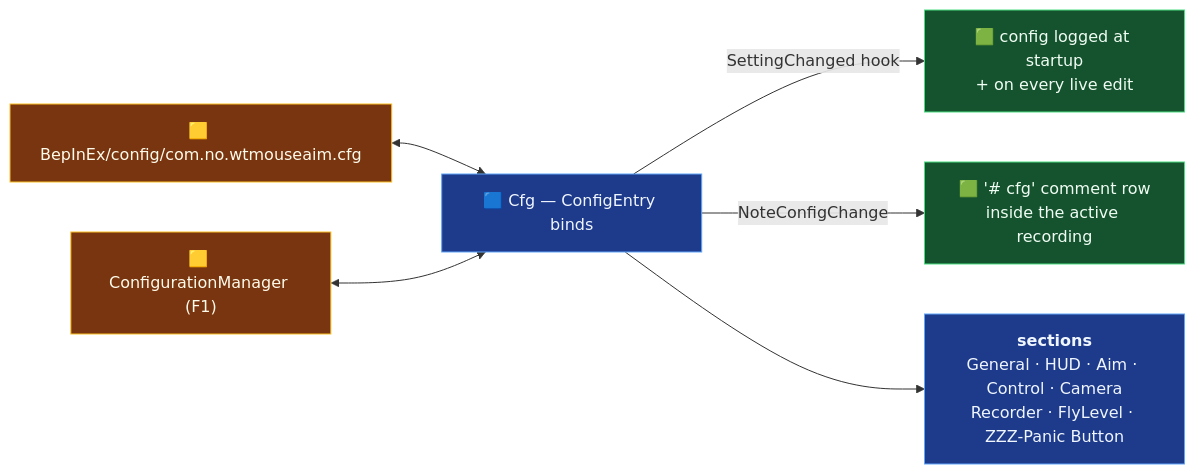
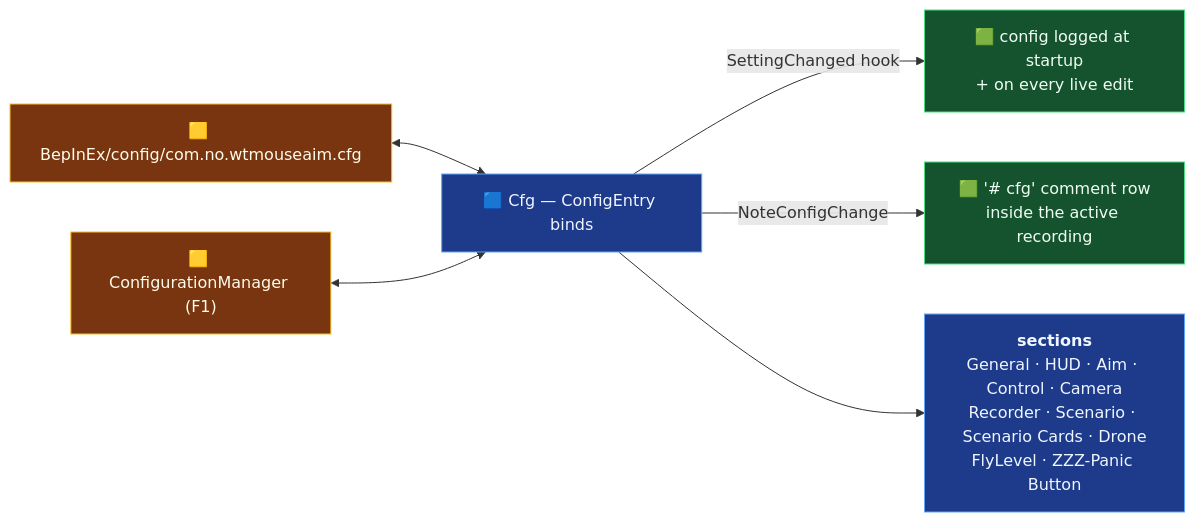
Before and after one commit to cosistra/wt-mouse-aim: the eighth of 8 diagrams in ARCHITECTURE.md, drawn with Mermaid. The commit also changed other lines of this file and 16 other files, not shown here.

````diff
--- a/ARCHITECTURE.md
+++ b/ARCHITECTURE.md
@@ -413,16 +522,16 @@
 ```mermaid
 flowchart LR
     file["🟨 BepInEx/config/com.no.wtmouseaim.cfg"] <--> cfg["🟦 Cfg — ConfigEntry binds"]
     f1["🟨 ConfigurationManager (F1)"] <--> cfg
     cfg -->|"SettingChanged hook"| logline["🟩 config logged at startup<br/>+ on every live edit"]
     cfg -->|"NoteConfigChange"| csvcomment["🟩 '# cfg' comment row<br/>inside the active recording"]
 
-    cfg --> sec["<b>sections</b><br/>General · HUD · Aim · Control · Camera<br/>Recorder · FlyLevel · ZZZ-Panic Button"]
+    cfg --> sec["<b>sections</b><br/>General · HUD · Aim · Control · Camera<br/>Recorder · Scenario · Scenario Cards · Drone<br/>FlyLevel · ZZZ-Panic Button"]
 
     classDef mod fill:#1e3a8a,stroke:#60a5fa,color:#eff6ff
     classDef plat fill:#78350f,stroke:#fbbf24,color:#fffbeb
     classDef art fill:#14532d,stroke:#4ade80,color:#f0fdf4
     class cfg,sec mod
     class file,f1 plat
     class logline,csvcomment art
 ```
````
